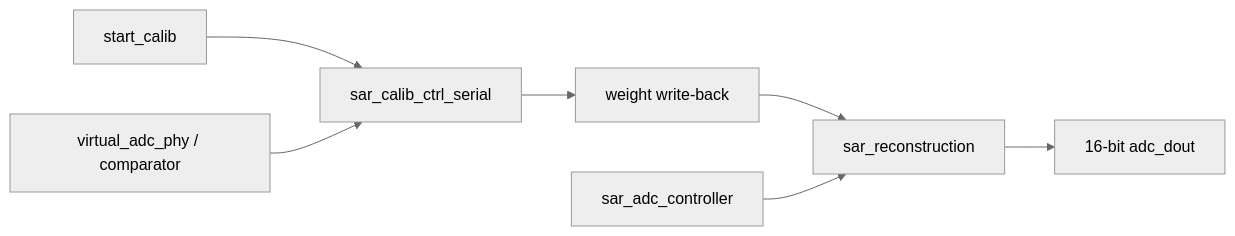
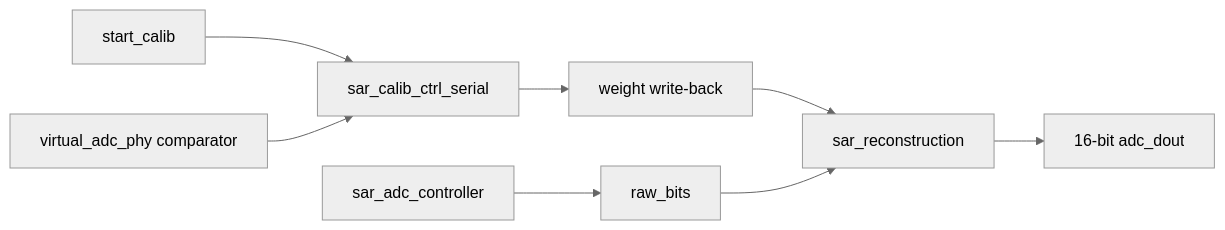
The diagram in docs/ARCHITECTURE.md (defineiocc02/Digital_process.srcs), drawn with Mermaid (neutral theme) before and after one commit. The commit also changed other lines of this file and 73 other files, not shown here.

````diff
--- a/docs/ARCHITECTURE.md
+++ b/docs/ARCHITECTURE.md
@@ -5,9 +5,10 @@
 ```mermaid
 flowchart LR
     A["start_calib"] --> B["sar_calib_ctrl_serial"]
-    C["virtual_adc_phy / comparator"] --> B
+    C["virtual_adc_phy comparator"] --> B
     B --> D["weight write-back"]
-    D --> E["sar_reconstruction"]
-    F["sar_adc_controller"] --> E
-    E --> G["16-bit adc_dout"]
+    E["sar_adc_controller"] --> F["raw_bits"]
+    D --> G["sar_reconstruction"]
+    F --> G
+    G --> H["16-bit adc_dout"]
 ```
````
